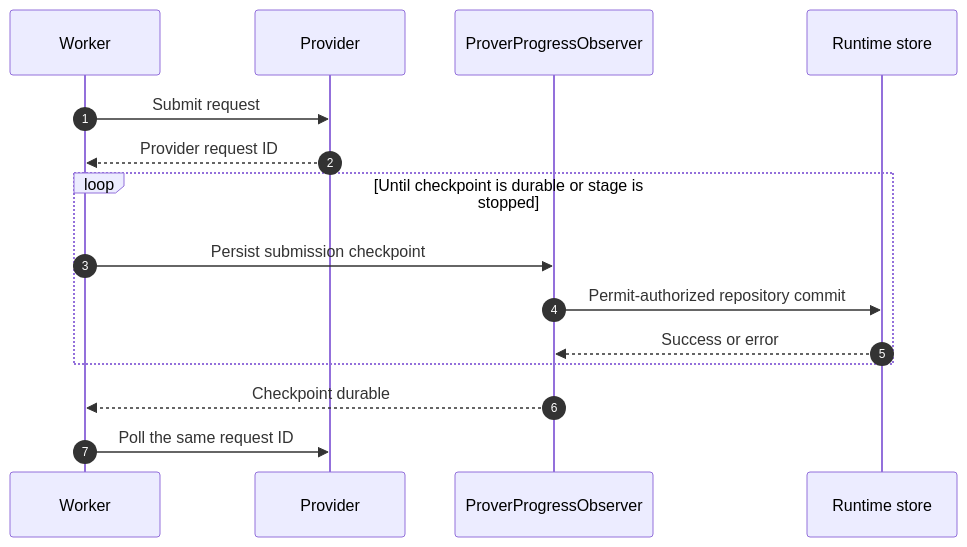
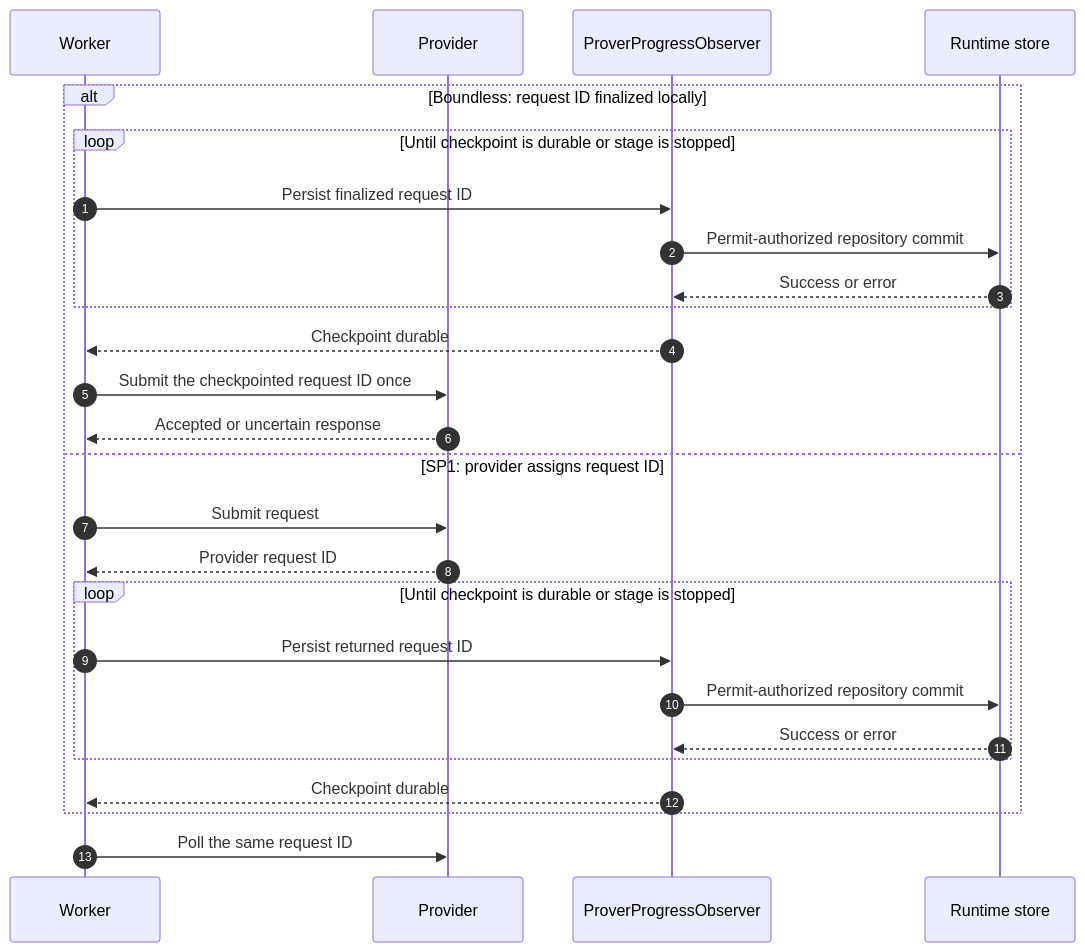
One commit to taikoxyz/raiko2 changed diagram 12 of 14 in docs/architecture.md. Above: the diagram before and after it, drawn with Mermaid. The commit also changed other lines of this file and 10 other files, not shown here.

````diff
--- a/docs/architecture.md
+++ b/docs/architecture.md
@@ -608,18 +631,29 @@
 ```mermaid
 sequenceDiagram
   autonumber
   participant Worker
   participant Provider
   participant Observer as ProverProgressObserver
   participant Runtime as Runtime store
 
-  Worker->>Provider: Submit request
-  Provider-->>Worker: Provider request ID
-  loop Until checkpoint is durable or stage is stopped
-    Worker->>Observer: Persist submission checkpoint
-    Observer->>Runtime: Permit-authorized repository commit
-    Runtime-->>Observer: Success or error
+  alt Boundless: request ID finalized locally
+    loop Until checkpoint is durable or stage is stopped
+      Worker->>Observer: Persist finalized request ID
+      Observer->>Runtime: Permit-authorized repository commit
+      Runtime-->>Observer: Success or error
+    end
+    Observer-->>Worker: Checkpoint durable
+    Worker->>Provider: Submit the checkpointed request ID once
+    Provider-->>Worker: Accepted or uncertain response
+  else SP1: provider assigns request ID
+    Worker->>Provider: Submit request
+    Provider-->>Worker: Provider request ID
+    loop Until checkpoint is durable or stage is stopped
+      Worker->>Observer: Persist returned request ID
+      Observer->>Runtime: Permit-authorized repository commit
+      Runtime-->>Observer: Success or error
+    end
+    Observer-->>Worker: Checkpoint durable
   end
-  Observer-->>Worker: Checkpoint durable
   Worker->>Provider: Poll the same request ID
 ```
````
